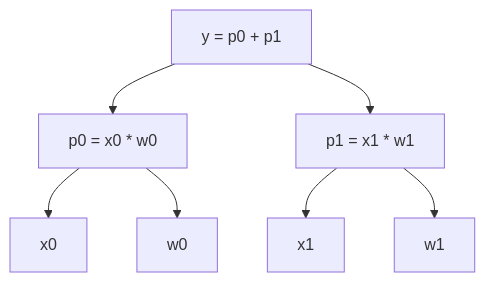
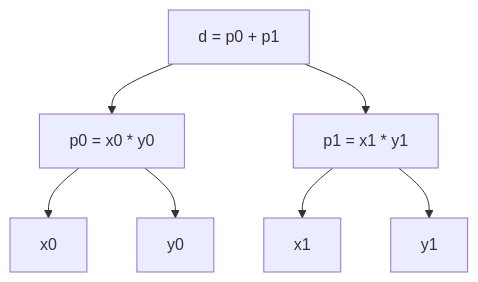
The diagram in docs/LAYERS.md (andyje-dev/gpt-lab), drawn with Mermaid before and after one commit. The commit also changed other lines of this file and 2 other files, not shown here.

````diff
--- a/docs/LAYERS.md
+++ b/docs/LAYERS.md
@@ -113,9 +119,9 @@
 ```mermaid
 graph TD
-    y["y = p0 + p1"] --> p0["p0 = x0 * w0"]
-    y --> p1["p1 = x1 * w1"]
+    d["d = p0 + p1"] --> p0["p0 = x0 * y0"]
+    d --> p1["p1 = x1 * y1"]
     p0 --> x0["x0"]
-    p0 --> w0["w0"]
+    p0 --> y0["y0"]
     p1 --> x1["x1"]
-    p1 --> w1["w1"]
+    p1 --> y1["y1"]
 ```
````
